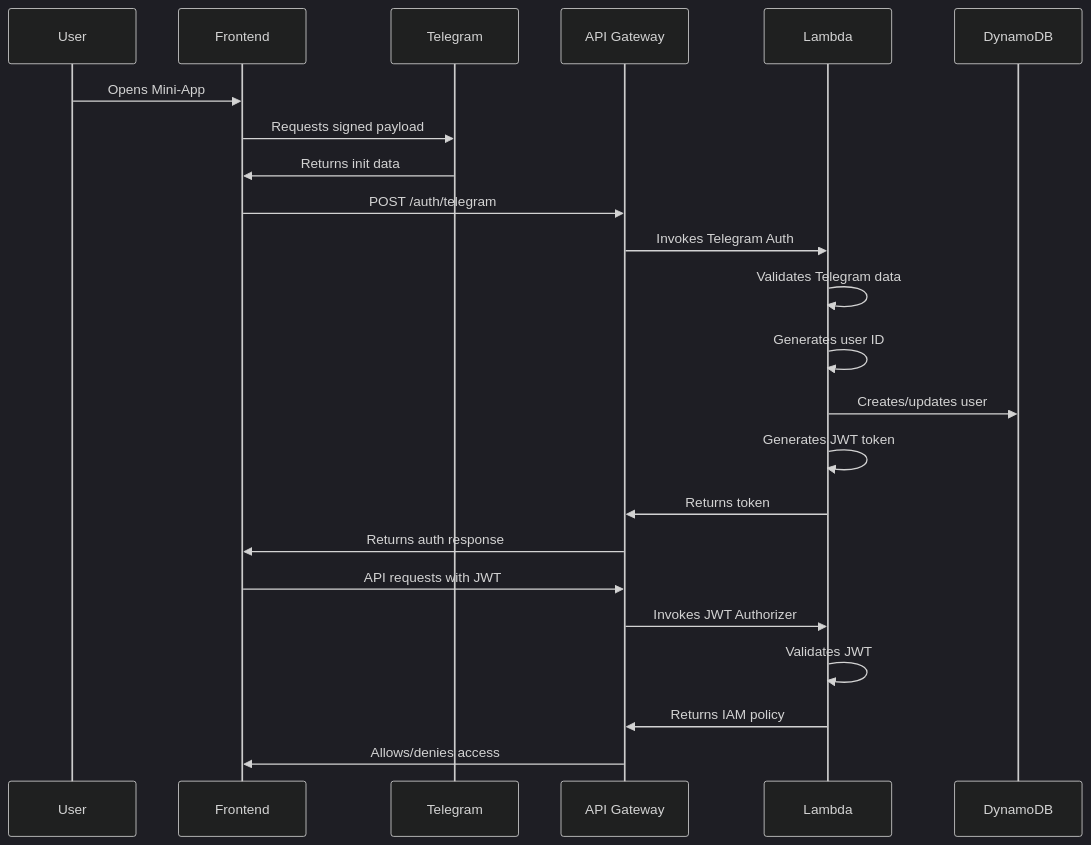
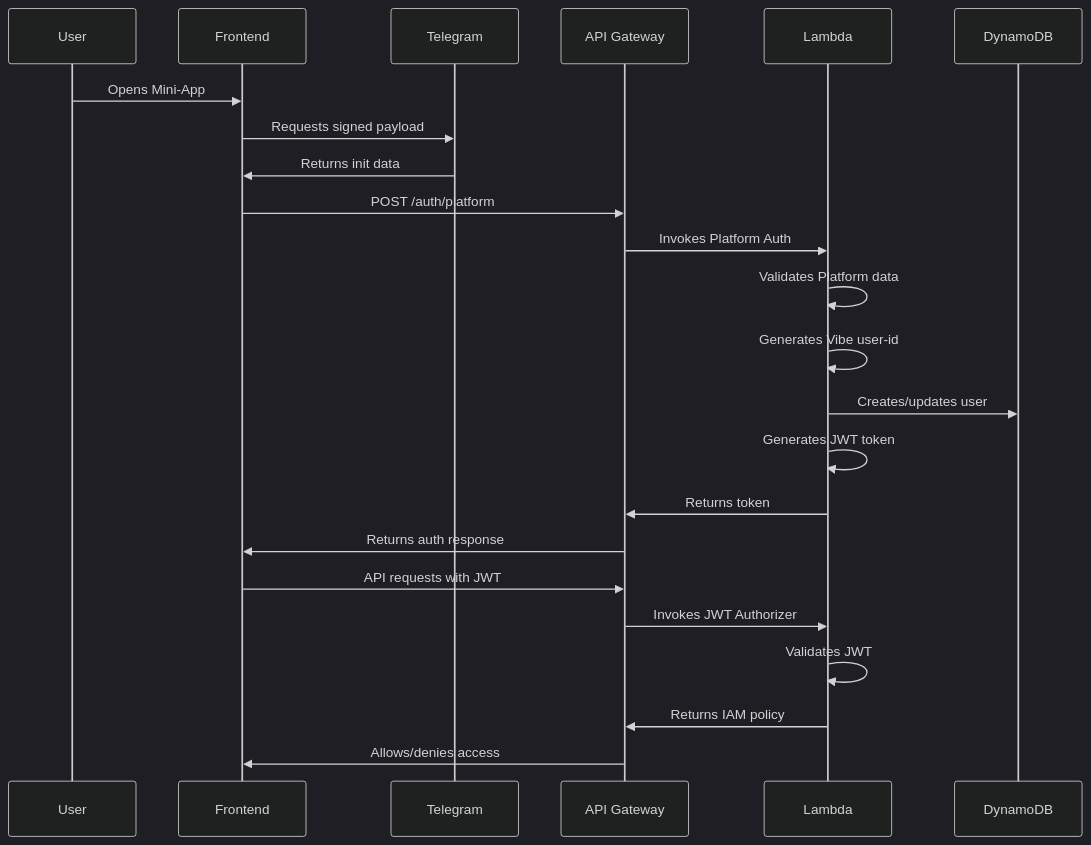
The diagram in src/services/auth/README.md (shlomosh/vibe-dating-backend), drawn with Mermaid (dark theme) before and after one commit. The commit also changed other lines of this file and 41 other files, not shown here.

````diff
--- a/src/services/auth/README.md
+++ b/src/services/auth/README.md
@@ -85,26 +85,26 @@
 ```mermaid
 sequenceDiagram
     participant User
     participant Frontend
     participant Telegram
     participant API Gateway
     participant Lambda
     participant DynamoDB
 
     User->>Frontend: Opens Mini-App
     Frontend->>Telegram: Requests signed payload
     Telegram->>Frontend: Returns init data
-    Frontend->>API Gateway: POST /auth/telegram
-    API Gateway->>Lambda: Invokes Telegram Auth
-    Lambda->>Lambda: Validates Telegram data
-    Lambda->>Lambda: Generates user ID
+    Frontend->>API Gateway: POST /auth/platform
+    API Gateway->>Lambda: Invokes Platform Auth
+    Lambda->>Lambda: Validates Platform data
+    Lambda->>Lambda: Generates Vibe user-id
     Lambda->>DynamoDB: Creates/updates user
     Lambda->>Lambda: Generates JWT token
     Lambda->>API Gateway: Returns token
     API Gateway->>Frontend: Returns auth response
     Frontend->>API Gateway: API requests with JWT
     API Gateway->>Lambda: Invokes JWT Authorizer
     Lambda->>Lambda: Validates JWT
     Lambda->>API Gateway: Returns IAM policy
     API Gateway->>Frontend: Allows/denies access
 ```
````
